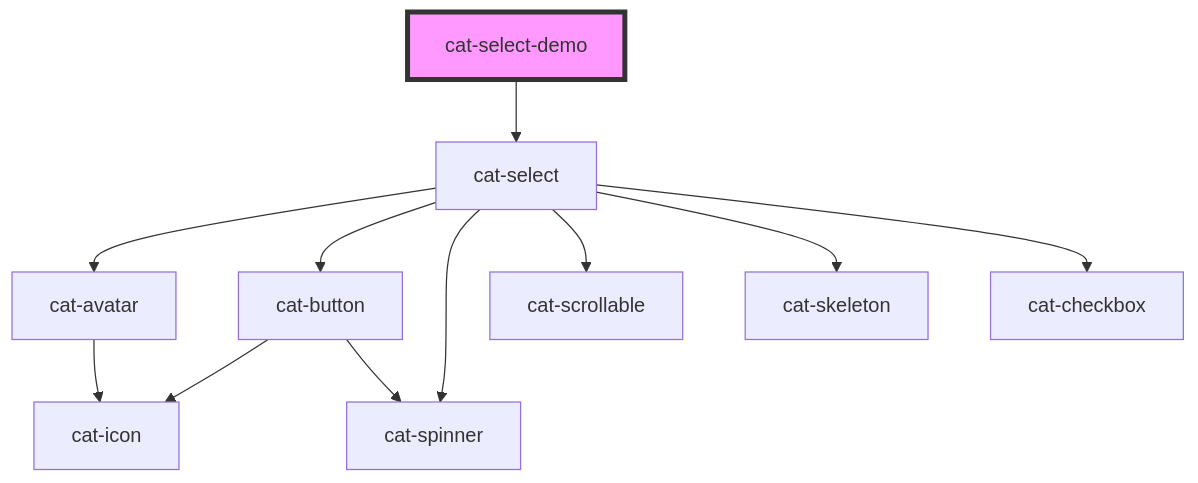
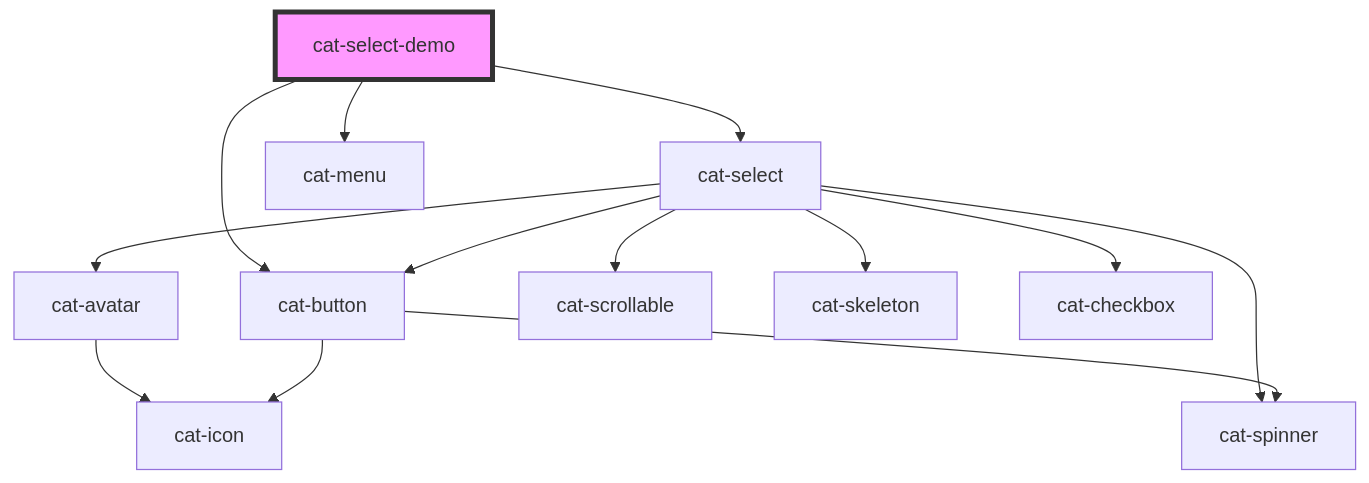
The diagram in core/src/components/cat-select-demo/readme.md (haiilo/catalyst), drawn with Mermaid before and after one commit. The commit also changed other lines of this file and 8 other files, not shown here.

````diff
--- a/core/src/components/cat-select-demo/readme.md
+++ b/core/src/components/cat-select-demo/readme.md
@@ -15,14 +17,16 @@
 ```mermaid
 graph TD;
   cat-select-demo --> cat-select
+  cat-select-demo --> cat-menu
+  cat-select-demo --> cat-button
   cat-select --> cat-avatar
   cat-select --> cat-button
   cat-select --> cat-spinner
   cat-select --> cat-scrollable
   cat-select --> cat-skeleton
   cat-select --> cat-checkbox
   cat-avatar --> cat-icon
   cat-button --> cat-icon
   cat-button --> cat-spinner
   style cat-select-demo fill:#f9f,stroke:#333,stroke-width:4px
 ```
````
